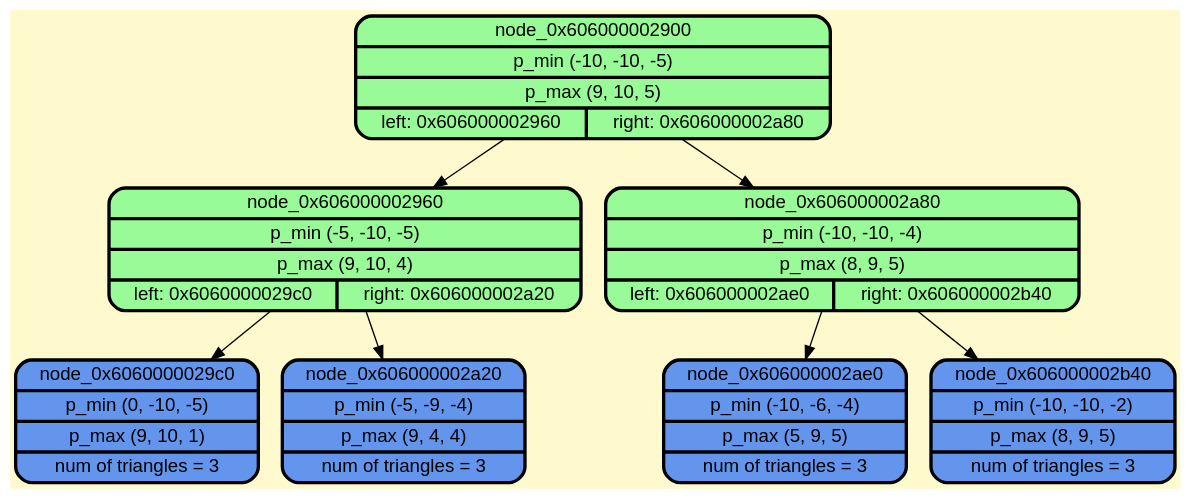
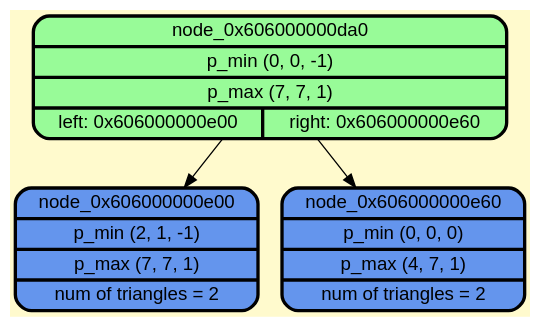
One commit to BulgakovDmitry/3D_triangles changed the diagram in dump/graph_dump.gv. Above: the diagram before and after it, drawn with Graphviz. The commit also changed 8 other files, not shown here.

```diff
--- a/dump/graph_dump.gv
+++ b/dump/graph_dump.gv
@@ -1,20 +1,12 @@
 digraph G {
     rankdir=TB;
     node [style=filled, fontname="Helvetica", fontcolor=darkblue, fillcolor=peachpuff, color="#252A34", penwidth=2.5];
     bgcolor="lemonchiffon";
 
-    node_0x606000002900 [shape=Mrecord; style=filled; fillcolor=palegreen; color="#000000"; fontcolor="#000000"; label="{ node_0x606000002900 | p_min (-10, -10, -5) | p_max (9, 10, 5) | { left: 0x606000002960 | right: 0x606000002a80 } }"];
-    node_0x606000002960 [shape=Mrecord; style=filled; fillcolor=palegreen; color="#000000"; fontcolor="#000000"; label="{ node_0x606000002960 | p_min (-5, -10, -5) | p_max (9, 10, 4) | { left: 0x6060000029c0 | right: 0x606000002a20 } }"];
-    node_0x6060000029c0 [shape=Mrecord; style=filled; fillcolor=cornflowerblue; color="#000000"; fontcolor="#000000"; label="{ node_0x6060000029c0 | p_min (0, -10, -5) | p_max (9, 10, 1) | num of triangles = 3}"];
-    node_0x606000002a20 [shape=Mrecord; style=filled; fillcolor=cornflowerblue; color="#000000"; fontcolor="#000000"; label="{ node_0x606000002a20 | p_min (-5, -9, -4) | p_max (9, 4, 4) | num of triangles = 3}"];
-    node_0x606000002a80 [shape=Mrecord; style=filled; fillcolor=palegreen; color="#000000"; fontcolor="#000000"; label="{ node_0x606000002a80 | p_min (-10, -10, -4) | p_max (8, 9, 5) | { left: 0x606000002ae0 | right: 0x606000002b40 } }"];
-    node_0x606000002ae0 [shape=Mrecord; style=filled; fillcolor=cornflowerblue; color="#000000"; fontcolor="#000000"; label="{ node_0x606000002ae0 | p_min (-10, -6, -4) | p_max (5, 9, 5) | num of triangles = 3}"];
-    node_0x606000002b40 [shape=Mrecord; style=filled; fillcolor=cornflowerblue; color="#000000"; fontcolor="#000000"; label="{ node_0x606000002b40 | p_min (-10, -10, -2) | p_max (8, 9, 5) | num of triangles = 3}"];
+    node_0x606000000da0 [shape=Mrecord; style=filled; fillcolor=palegreen; color="#000000"; fontcolor="#000000"; label="{ node_0x606000000da0 | p_min (0, 0, -1) | p_max (7, 7, 1) | { left: 0x606000000e00 | right: 0x606000000e60 } }"];
+    node_0x606000000e00 [shape=Mrecord; style=filled; fillcolor=cornflowerblue; color="#000000"; fontcolor="#000000"; label="{ node_0x606000000e00 | p_min (2, 1, -1) | p_max (7, 7, 1) | num of triangles = 2}"];
+    node_0x606000000e60 [shape=Mrecord; style=filled; fillcolor=cornflowerblue; color="#000000"; fontcolor="#000000"; label="{ node_0x606000000e60 | p_min (0, 0, 0) | p_max (4, 7, 1) | num of triangles = 2}"];
 
-    node_0x606000002900 -> node_0x606000002960;
-    node_0x606000002900 -> node_0x606000002a80;
-    node_0x606000002960 -> node_0x6060000029c0;
-    node_0x606000002960 -> node_0x606000002a20;
-    node_0x606000002a80 -> node_0x606000002ae0;
-    node_0x606000002a80 -> node_0x606000002b40;
+    node_0x606000000da0 -> node_0x606000000e00;
+    node_0x606000000da0 -> node_0x606000000e60;
 }
```
